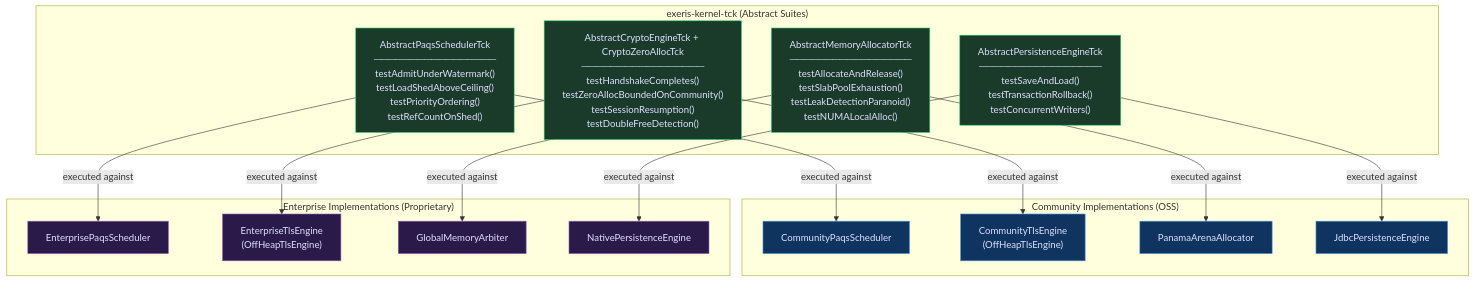
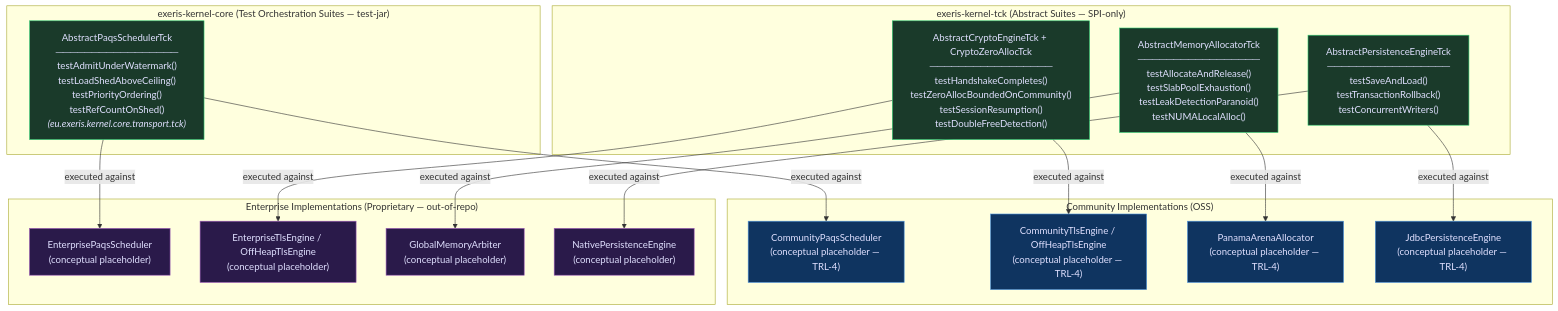
The diagram in docs/modules/05-tck.md (exeris-systems/exeris-kernel), drawn with Mermaid before and after one commit. The commit also changed 6 other files, not shown here.

Commit message:
update(docs): Enhance documentation clarity and accuracy across community and enterprise modules

````diff
--- a/docs/modules/05-tck.md
+++ b/docs/modules/05-tck.md
@@ -16,41 +16,44 @@
 ```mermaid
 graph TD
-    subgraph "exeris-kernel-tck (Abstract Suites)"
-        PAQS_TCK["AbstractPaqsSchedulerTck\n─────────────────\ntestAdmitUnderWatermark()\ntestLoadShedAboveCeiling()\ntestPriorityOrdering()\ntestRefCountOnShed()"]
+    subgraph "exeris-kernel-tck (Abstract Suites — SPI-only)"
         TLS_TCK["AbstractCryptoEngineTck + CryptoZeroAllocTck\n─────────────────\ntestHandshakeCompletes()\ntestZeroAllocBoundedOnCommunity()\ntestSessionResumption()\ntestDoubleFreeDetection()"]
         MEM_TCK["AbstractMemoryAllocatorTck\n─────────────────\ntestAllocateAndRelease()\ntestSlabPoolExhaustion()\ntestLeakDetectionParanoid()\ntestNUMALocalAlloc()"]
         REPO_TCK["AbstractPersistenceEngineTck\n─────────────────\ntestSaveAndLoad()\ntestTransactionRollback()\ntestConcurrentWriters()"]
     end
 
-    subgraph "Community Implementations (OSS)"
-        C_PAQS["CommunityPaqsScheduler"]
-        C_TLS["CommunityTlsEngine\n(OffHeapTlsEngine)"]
-        C_MEM["PanamaArenaAllocator"]
-        C_REPO["JdbcPersistenceEngine"]
+    subgraph "exeris-kernel-core (Test Orchestration Suites — test-jar)"
+        PAQS_TCK["AbstractPaqsSchedulerTck\n─────────────────\ntestAdmitUnderWatermark()\ntestLoadShedAboveCeiling()\ntestPriorityOrdering()\ntestRefCountOnShed()\n<i>(eu.exeris.kernel.core.transport.tck)</i>"]
     end
 
-    subgraph "Enterprise Implementations (Proprietary)"
-        E_PAQS["EnterprisePaqsScheduler"]
-        E_TLS["EnterpriseTlsEngine\n(OffHeapTlsEngine)"]
-        E_MEM["GlobalMemoryArbiter"]
-        E_REPO["NativePersistenceEngine"]
+    subgraph "Community Implementations (OSS)"
+        C_PAQS["CommunityPaqsScheduler\n(conceptual placeholder — TRL-4)"]
+        C_TLS["CommunityTlsEngine / OffHeapTlsEngine\n(conceptual placeholder — TRL-4)"]
+        C_MEM["PanamaArenaAllocator\n(conceptual placeholder — TRL-4)"]
+        C_REPO["JdbcPersistenceEngine\n(conceptual placeholder — TRL-4)"]
+    end
+
+    subgraph "Enterprise Implementations (Proprietary — out-of-repo)"
+        E_PAQS["EnterprisePaqsScheduler\n(conceptual placeholder)"]
+        E_TLS["EnterpriseTlsEngine / OffHeapTlsEngine\n(conceptual placeholder)"]
+        E_MEM["GlobalMemoryArbiter\n(conceptual placeholder)"]
+        E_REPO["NativePersistenceEngine\n(conceptual placeholder)"]
     end
 
     PAQS_TCK -->|"executed against"| C_PAQS & E_PAQS
     TLS_TCK  -->|"executed against"| C_TLS  & E_TLS
     MEM_TCK  -->|"executed against"| C_MEM  & E_MEM
     REPO_TCK -->|"executed against"| C_REPO & E_REPO
 
     style PAQS_TCK fill:#1a3a2a,color:#e0e0ff,stroke:#2ecc71
     style TLS_TCK  fill:#1a3a2a,color:#e0e0ff,stroke:#2ecc71
     style MEM_TCK  fill:#1a3a2a,color:#e0e0ff,stroke:#2ecc71
     style REPO_TCK fill:#1a3a2a,color:#e0e0ff,stroke:#2ecc71
     style C_PAQS fill:#0f3460,color:#e0e0ff,stroke:#4a90d9
     style C_TLS  fill:#0f3460,color:#e0e0ff,stroke:#4a90d9
     style C_MEM  fill:#0f3460,color:#e0e0ff,stroke:#4a90d9
     style C_REPO fill:#0f3460,color:#e0e0ff,stroke:#4a90d9
     style E_PAQS fill:#2a1a4a,color:#e0e0ff,stroke:#9b59b6
     style E_TLS  fill:#2a1a4a,color:#e0e0ff,stroke:#9b59b6
     style E_MEM  fill:#2a1a4a,color:#e0e0ff,stroke:#9b59b6
     style E_REPO fill:#2a1a4a,color:#e0e0ff,stroke:#9b59b6
 ```
````
